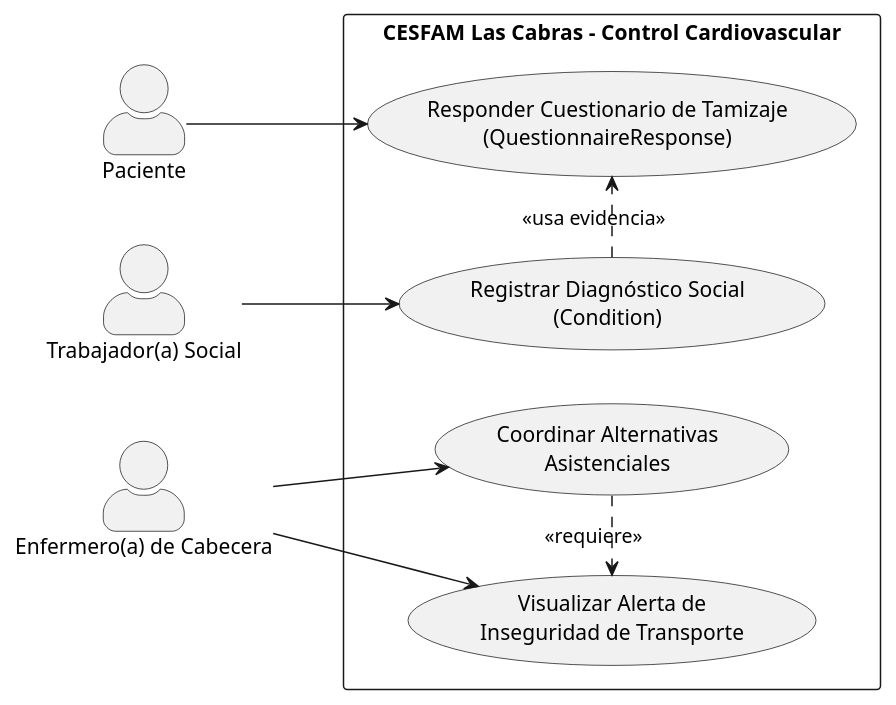
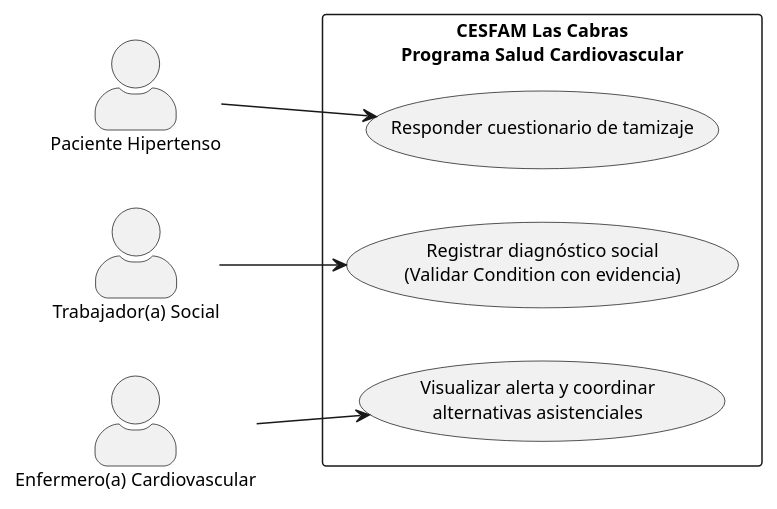
One commit to constanzafm88/IGTransporteSDOH01 changed the diagram in input/images-source/usecase-caso1.plantuml. Above: the diagram before and after it, drawn with PlantUML. The commit also changed 14 other files, not shown here.

```diff
--- a/input/images-source/usecase-caso1.plantuml
+++ b/input/images-source/usecase-caso1.plantuml
@@ -1,26 +1,22 @@
 @startuml
+skinparam monochrome true
+skinparam shadowing false
+skinparam actorStyle awesome
+skinparam defaultFontName Arial
+skinparam DefaultFontSize 12
 left to right direction
-skinparam packageStyle rectangle
-skinparam actorStyle awesome
-skinparam monochrome true
 
-actor "Paciente" as pac
-actor "Trabajador(a) Social" as ts
-actor "Enfermero(a) de Cabecera" as enf
+actor "Paciente Hipertenso" as Paciente
+actor "Trabajador(a) Social" as TS
+actor "Enfermero(a) Cardiovascular" as Enfermero
 
-package "CESFAM Las Cabras - Control Cardiovascular" {
-  usecase "Responder Cuestionario de Tamizaje\n(QuestionnaireResponse)" as UC1
-  usecase "Registrar Diagnóstico Social\n(Condition)" as UC2
-  usecase "Visualizar Alerta de\nInseguridad de Transporte" as UC3
-  usecase "Coordinar Alternativas\nAsistenciales" as UC4
+rectangle "CESFAM Las Cabras\nPrograma Salud Cardiovascular" {
+    usecase "Responder cuestionario de tamizaje" as UC1
+    usecase "Registrar diagnóstico social\n(Validar Condition con evidencia)" as UC2
+    usecase "Visualizar alerta y coordinar\nalternativas asistenciales" as UC3
 }
 
-pac --> UC1
-ts --> UC2
-enf --> UC3
-enf --> UC4
-
-UC2 .> UC1 : <<usa evidencia>>
-UC4 .> UC3 : <<requiere>>
-
+Paciente --> UC1
+TS --> UC2
+Enfermero --> UC3
 @enduml
```
